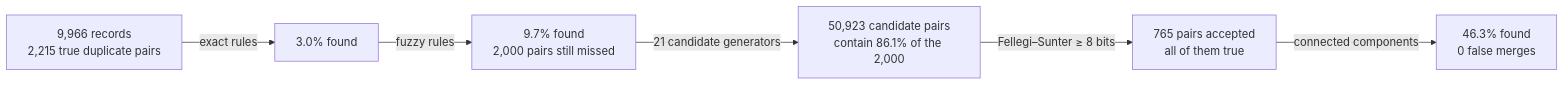
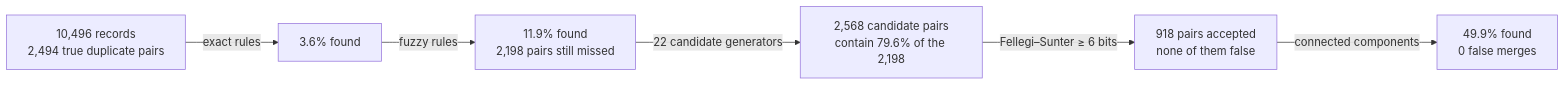
The diagram in docs/guide/01-entity-resolution-and-our-task.md (mvsbm/entity_matching), drawn with Mermaid before and after one commit. The commit also changed other lines of this file and 20 other files, not shown here.

````diff
--- a/docs/guide/01-entity-resolution-and-our-task.md
+++ b/docs/guide/01-entity-resolution-and-our-task.md
@@ -111,8 +111,8 @@
 ```mermaid
 flowchart LR
-  A["9,966 records<br/>2,215 true duplicate pairs"] -->|"exact rules"| B["3.0% found"]
-  B -->|"fuzzy rules"| C["9.7% found<br/>2,000 pairs still missed"]
-  C -->|"21 candidate generators"| D["50,923 candidate pairs<br/>contain 86.1% of the 2,000"]
-  D -->|"Fellegi–Sunter ≥ 8 bits"| E["765 pairs accepted<br/>all of them true"]
-  E -->|"connected components"| F["46.3% found<br/>0 false merges"]
+  A["10,496 records<br/>2,494 true duplicate pairs"] -->|"exact rules"| B["3.6% found"]
+  B -->|"fuzzy rules"| C["11.9% found<br/>2,198 pairs still missed"]
+  C -->|"22 candidate generators"| D["2,568 candidate pairs<br/>contain 79.6% of the 2,198"]
+  D -->|"Fellegi–Sunter ≥ 6 bits"| E["918 pairs accepted<br/>none of them false"]
+  E -->|"connected components"| F["49.9% found<br/>0 false merges"]
 ```
````
